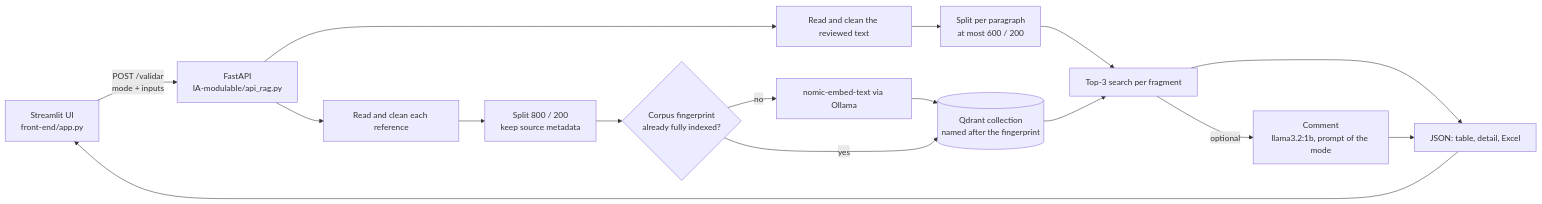
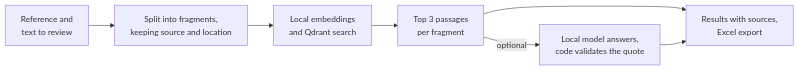
The diagram in README.md (josee2202/source-review-rag), drawn with Mermaid before and after one commit. The commit also changed other lines of this file and 4 other files, not shown here.

````diff
--- a/README.md
+++ b/README.md
@@ -87,15 +29,9 @@
 ```mermaid
 flowchart LR
-    UI["Streamlit UI<br/>front-end/app.py"] -->|"POST /validar<br/>mode + inputs"| API["FastAPI<br/>IA-modulable/api_rag.py"]
-    API --> R1["Read and clean each reference"] --> R2["Split 800 / 200<br/>keep source metadata"]
-    R2 --> H{"Corpus fingerprint<br/>already fully indexed?"}
-    H -->|"no"| E["nomic-embed-text via Ollama"] --> Q[("Qdrant collection<br/>named after the fingerprint")]
-    H -->|"yes"| Q
-    API --> V1["Read and clean the reviewed text"] --> V2["Split per paragraph<br/>at most 600 / 200"]
-    V2 --> S["Top-3 search per fragment"]
-    Q --> S
-    S -->|"optional"| C["Comment<br/>llama3.2:1b, prompt of the mode"]
-    S --> OUT["JSON: table, detail, Excel"]
-    C --> OUT
-    OUT --> UI
+    A["Reference and<br/>text to review"] --> B["Split into fragments,<br/>keeping source and location"]
+    B --> C["Local embeddings<br/>and Qdrant search"]
+    C --> D["Top 3 passages<br/>per fragment"]
+    D -->|"optional"| E["Local model answers,<br/>code validates the quote"]
+    D --> F["Results with sources,<br/>Excel export"]
+    E --> F
 ```
````
